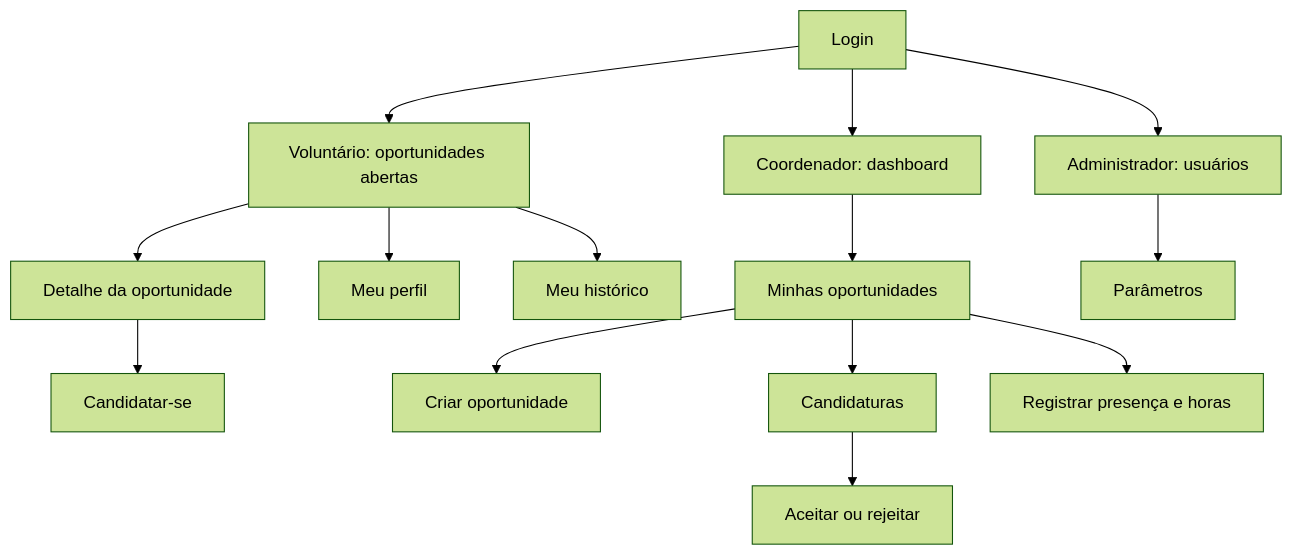
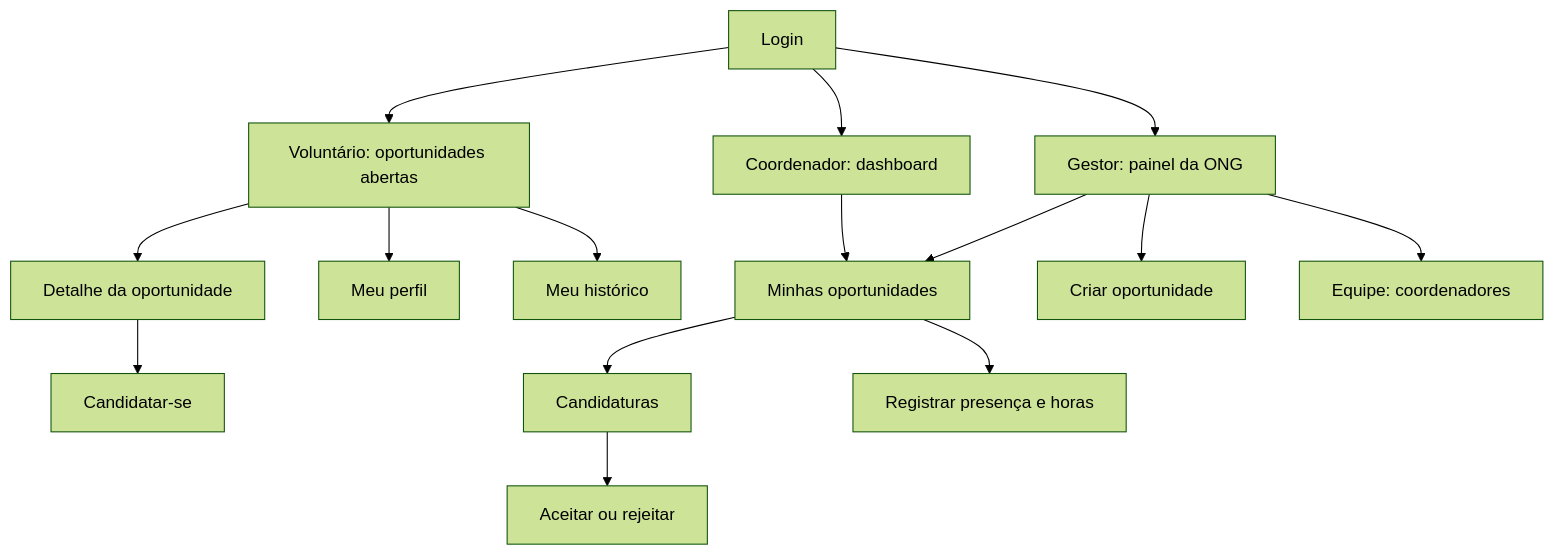
Before and after one commit to system-extension/voluntare: the diagram in docs/mockups/README.md, drawn with Mermaid (forest theme). The commit also changed other lines of this file and 1 other file, not shown here.

Commit message:
docs: fecha o status das decisões e alinha o fluxo de telas ao DER v2
As propostas sem resposta do PO passam a 'Adotada pela equipe,
implementada no V1. Aguarda validação do PO'. As dúvidas para o
professor passam a incluir os dois desvios do briefing (habilidades
desejadas na vaga e ator Administrador). O fluxo de telas troca o
Administrador pelo Gestor.

Closes #8

````diff
--- a/docs/mockups/README.md
+++ b/docs/mockups/README.md
@@ -18,16 +18,17 @@
 ```mermaid
 flowchart TD
     L[Login] --> V[Voluntário: oportunidades abertas]
     L --> C[Coordenador: dashboard]
-    L --> A[Administrador: usuários]
+    L --> G[Gestor: painel da ONG]
     V --> VD[Detalhe da oportunidade]
     VD --> VC[Candidatar-se]
     V --> VP[Meu perfil]
     V --> VH[Meu histórico]
     C --> CO[Minhas oportunidades]
-    CO --> CN[Criar oportunidade]
+    G --> CN[Criar oportunidade]
     CO --> CC[Candidaturas]
     CC --> CA[Aceitar ou rejeitar]
     CO --> CH[Registrar presença e horas]
-    A --> AP[Parâmetros]
+    G --> GE[Equipe: coordenadores]
+    G --> CO
 ```
````
